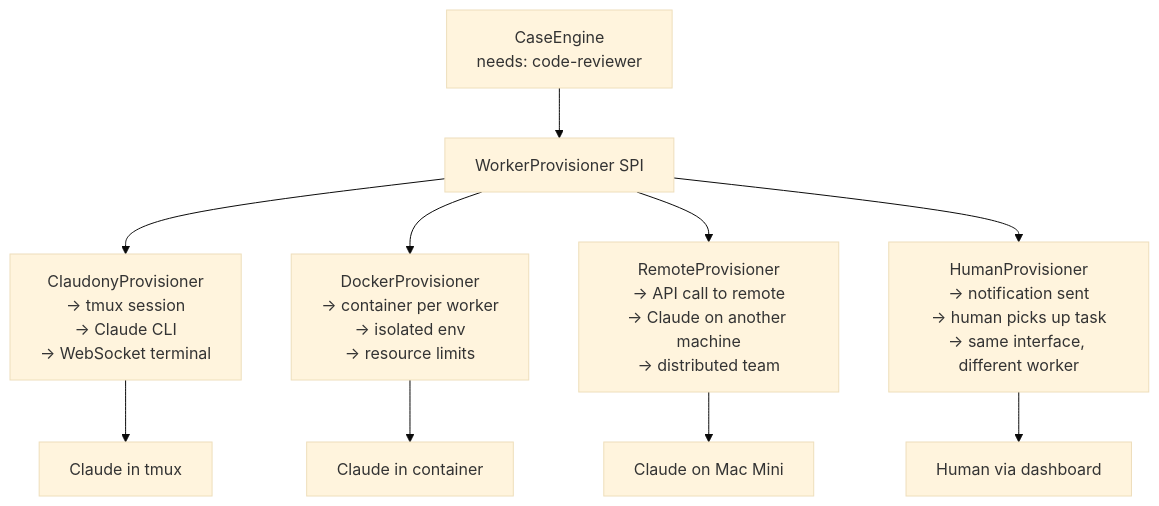
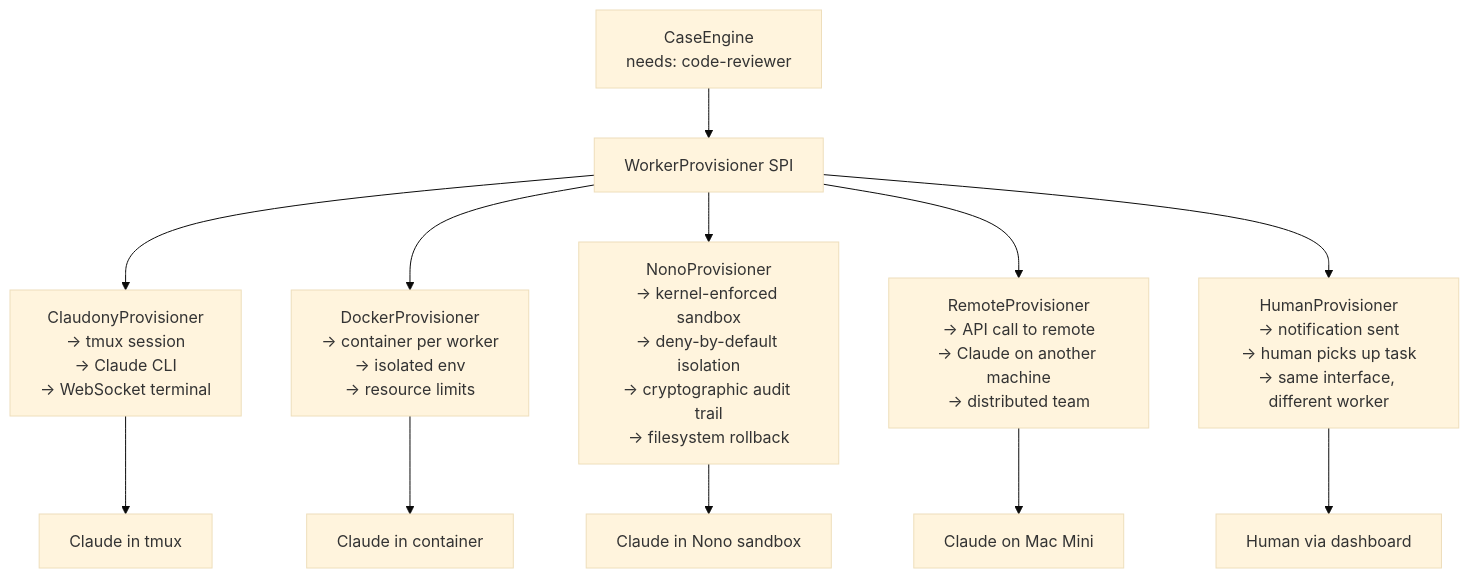
One commit to mdproctor/claudony changed the sixth of 15 diagrams in docs/superpowers/specs/2026-04-13-quarkus-ai-ecosystem-design.md. Above: the diagram before and after it, drawn with Mermaid (base theme). The commit also changed other lines of this file, not shown here.

First line of the commit message:
docs: add NonoProvisioner to ecosystem design

````diff
--- a/docs/superpowers/specs/2026-04-13-quarkus-ai-ecosystem-design.md
+++ b/docs/superpowers/specs/2026-04-13-quarkus-ai-ecosystem-design.md
@@ -187,14 +187,16 @@
 ```mermaid
 graph TD
     CE["CaseEngine\nneeds: code-reviewer"] --> WP["WorkerProvisioner SPI"]
 
     WP --> CLP["ClaudonyProvisioner\n→ tmux session\n→ Claude CLI\n→ WebSocket terminal"]
     WP --> DP["DockerProvisioner\n→ container per worker\n→ isolated env\n→ resource limits"]
+    WP --> NP["NonoProvisioner\n→ kernel-enforced sandbox\n→ deny-by-default isolation\n→ cryptographic audit trail\n→ filesystem rollback"]
     WP --> RP["RemoteProvisioner\n→ API call to remote\n→ Claude on another machine\n→ distributed team"]
     WP --> HP["HumanProvisioner\n→ notification sent\n→ human picks up task\n→ same interface, different worker"]
 
     CLP --> W1["Claude in tmux"]
     DP --> W2["Claude in container"]
-    RP --> W3["Claude on Mac Mini"]
-    HP --> W4["Human via dashboard"]
+    NP --> W3["Claude in Nono sandbox"]
+    RP --> W4["Claude on Mac Mini"]
+    HP --> W5["Human via dashboard"]
 ```
````
